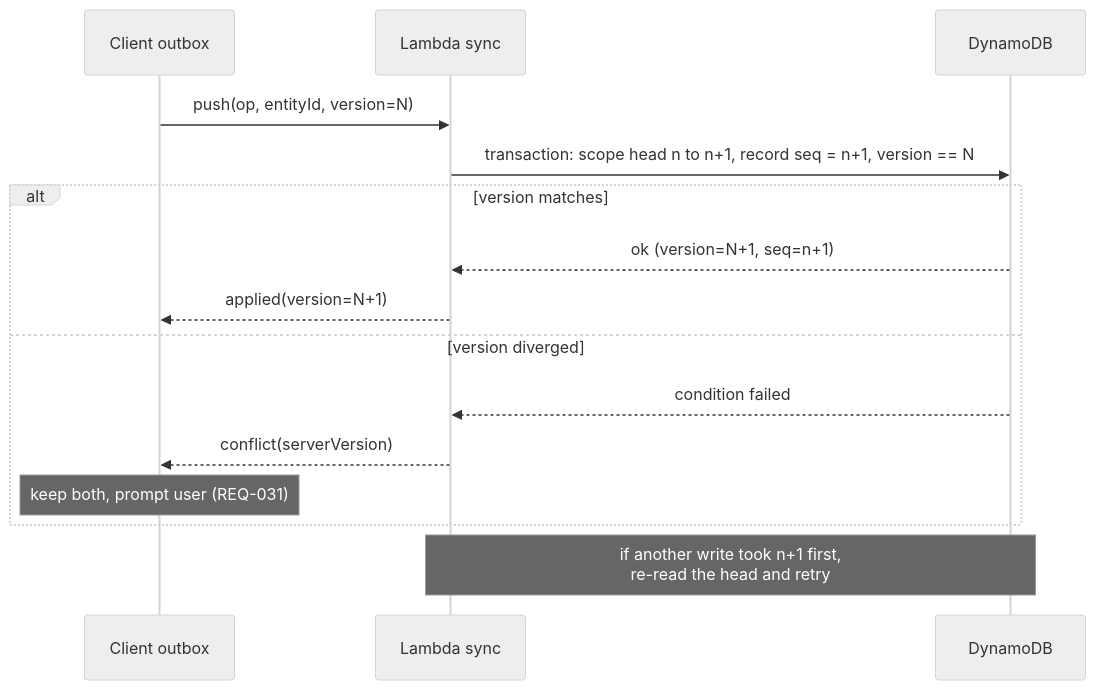
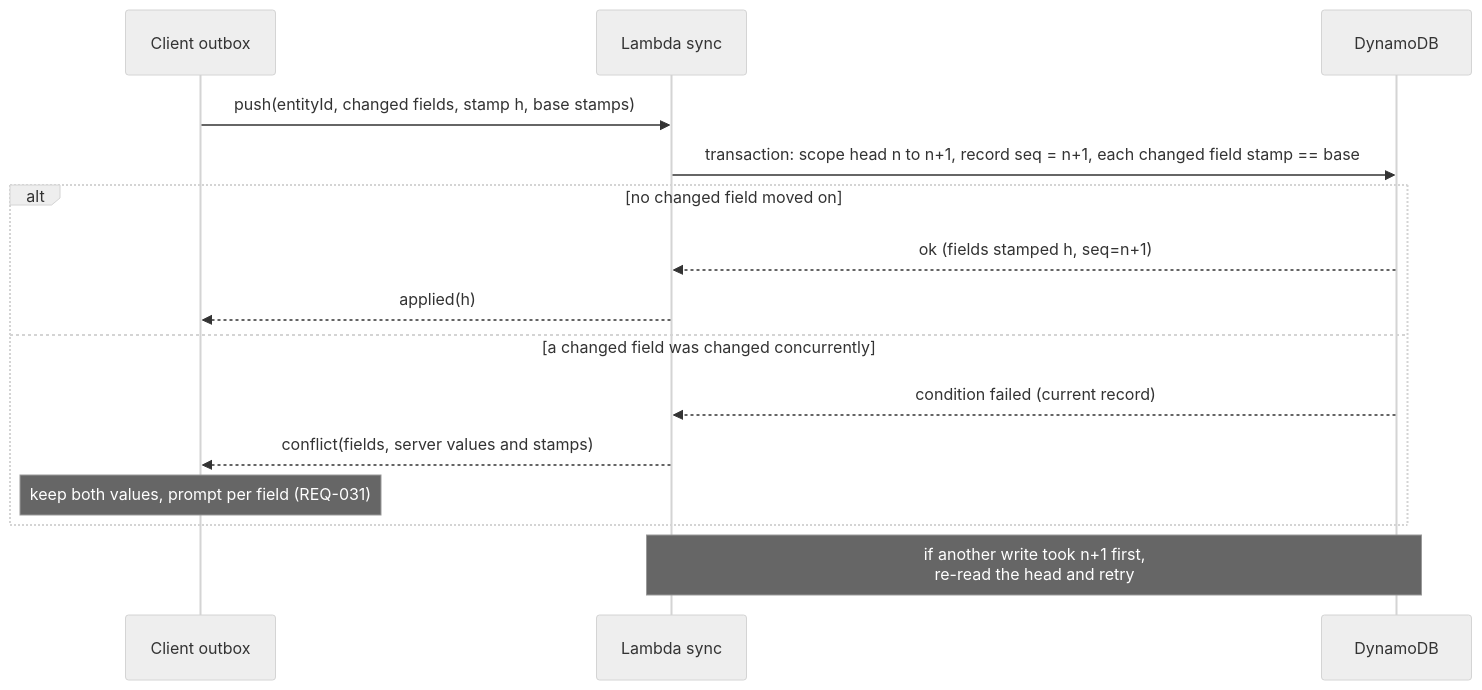
One commit to mvamgc/travel-records changed the second of 3 diagrams in docs/hld.md. Above: the diagram before and after it, drawn with Mermaid (neutral theme). The commit also changed other lines of this file and 3 other files, not shown here.

First line of the commit message:
ADR-0004: field-level conflict detection with hybrid logical clocks

````diff
--- a/docs/hld.md
+++ b/docs/hld.md
@@ -109,17 +115,17 @@
 ```mermaid
 sequenceDiagram
   participant C as Client outbox
   participant A as Lambda sync
   participant D as DynamoDB
-  C->>A: push(op, entityId, version=N)
-  A->>D: transaction: scope head n to n+1, record seq = n+1, version == N
-  alt version matches
-    D-->>A: ok (version=N+1, seq=n+1)
-    A-->>C: applied(version=N+1)
-  else version diverged
-    D-->>A: condition failed
-    A-->>C: conflict(serverVersion)
-    Note over C: keep both, prompt user (REQ-031)
+  C->>A: push(entityId, changed fields, stamp h, base stamps)
+  A->>D: transaction: scope head n to n+1, record seq = n+1, each changed field stamp == base
+  alt no changed field moved on
+    D-->>A: ok (fields stamped h, seq=n+1)
+    A-->>C: applied(h)
+  else a changed field was changed concurrently
+    D-->>A: condition failed (current record)
+    A-->>C: conflict(fields, server values and stamps)
+    Note over C: keep both values, prompt per field (REQ-031)
   end
   Note over A,D: if another write took n+1 first,<br/>re-read the head and retry
 ```
````
